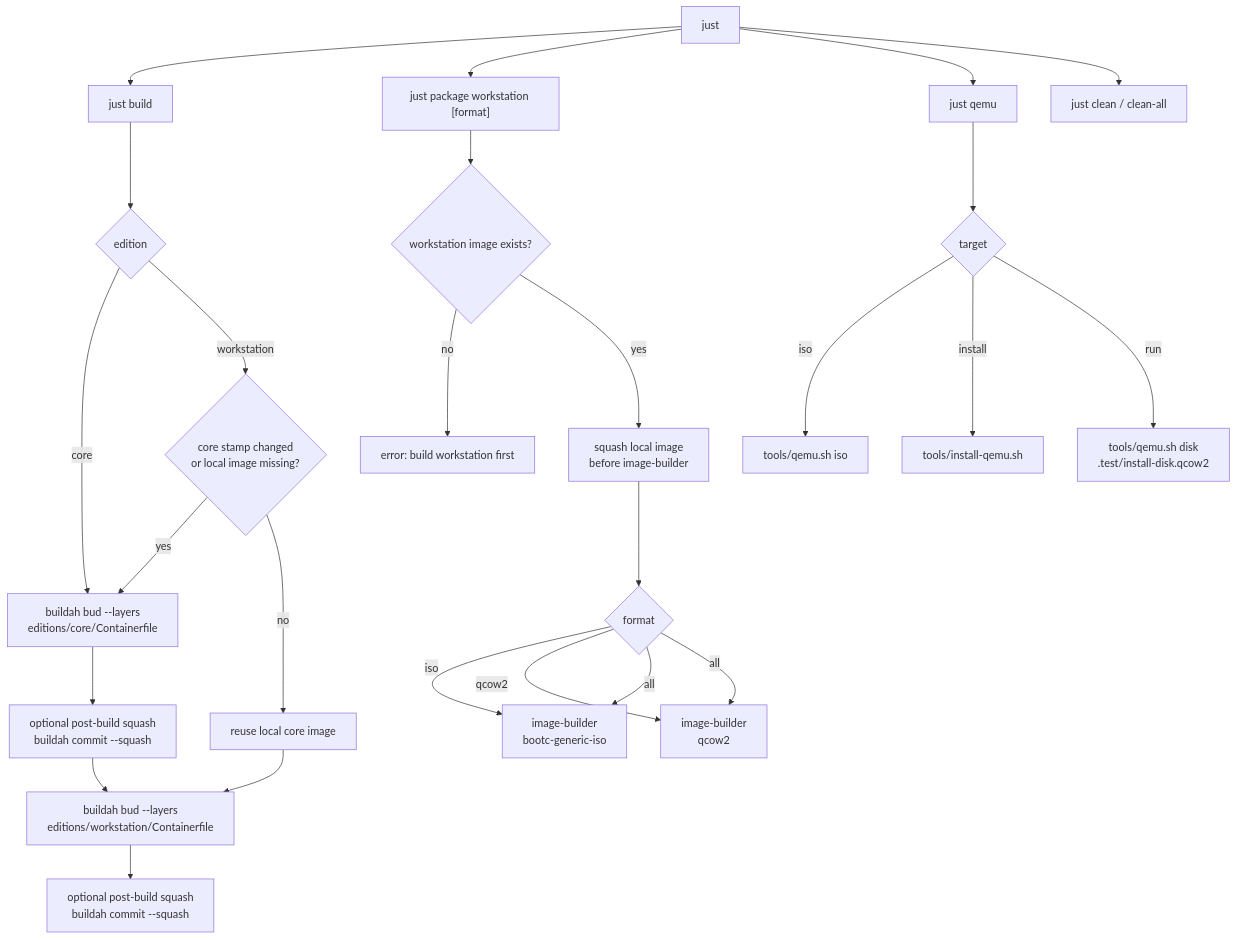
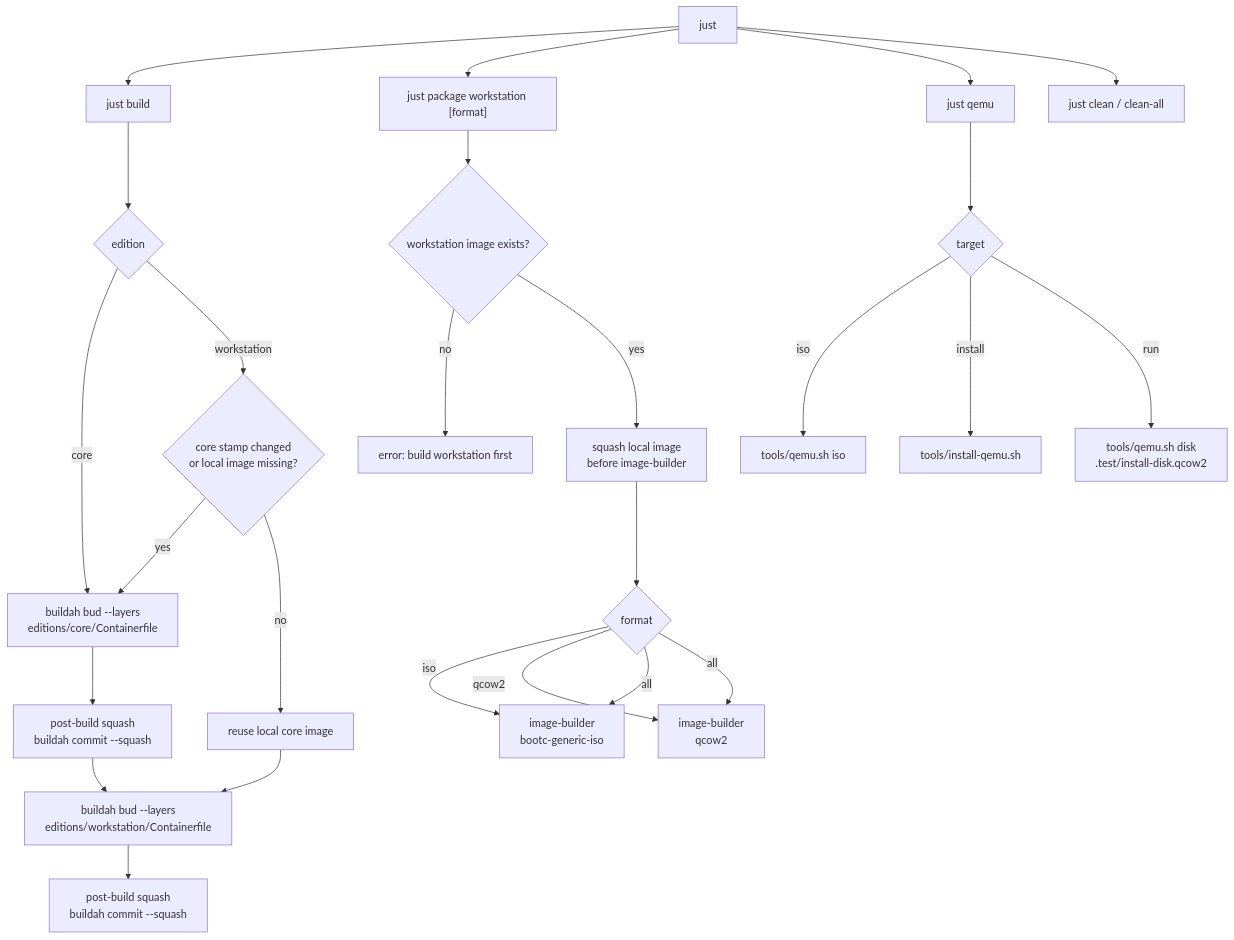
The second of 14 diagrams in ARCHITECTURE.md (luminusOS/images), drawn with Mermaid before and after one commit. The commit also changed other lines of this file and 48 other files, not shown here.

````diff
--- a/ARCHITECTURE.md
+++ b/ARCHITECTURE.md
@@ -113,37 +112,37 @@
 ```mermaid
 flowchart TD
     Start["just <recipe>"]
     Build["just build <edition>"]
     Package["just package workstation [format]"]
     Qemu["just qemu <target>"]
     Clean["just clean / clean-all"]
 
     Start --> Build
     Start --> Package
     Start --> Qemu
     Start --> Clean
 
     Build --> Edition{"edition"}
     Edition -->|core| BuildCore["buildah bud --layers<br/>editions/core/Containerfile"]
     Edition -->|workstation| CoreStamp{"core stamp changed<br/>or local image missing?"}
     CoreStamp -->|yes| BuildCore
     CoreStamp -->|no| ReuseCore["reuse local core image"]
-    BuildCore --> SquashCore["optional post-build squash<br/>buildah commit --squash"]
+    BuildCore --> SquashCore["post-build squash<br/>buildah commit --squash"]
     SquashCore --> BuildWorkstation["buildah bud --layers<br/>editions/workstation/Containerfile"]
     ReuseCore --> BuildWorkstation
-    BuildWorkstation --> SquashWorkstation["optional post-build squash<br/>buildah commit --squash"]
+    BuildWorkstation --> SquashWorkstation["post-build squash<br/>buildah commit --squash"]
 
     Package --> ImageExists{"workstation image exists?"}
     ImageExists -->|no| PackageError["error: build workstation first"]
     ImageExists -->|yes| PackageSquash["squash local image<br/>before image-builder"]
     PackageSquash --> Format{"format"}
     Format -->|iso| ISO["image-builder<br/>bootc-generic-iso"]
     Format -->|qcow2| QCOW2["image-builder<br/>qcow2"]
     Format -->|all| ISO
     Format -->|all| QCOW2
 
     Qemu --> Target{"target"}
     Target -->|iso| QemuISO["tools/qemu.sh iso"]
     Target -->|install| QemuInstall["tools/install-qemu.sh"]
     Target -->|run| QemuRun["tools/qemu.sh disk<br/>.test/install-disk.qcow2"]
 ```
````
